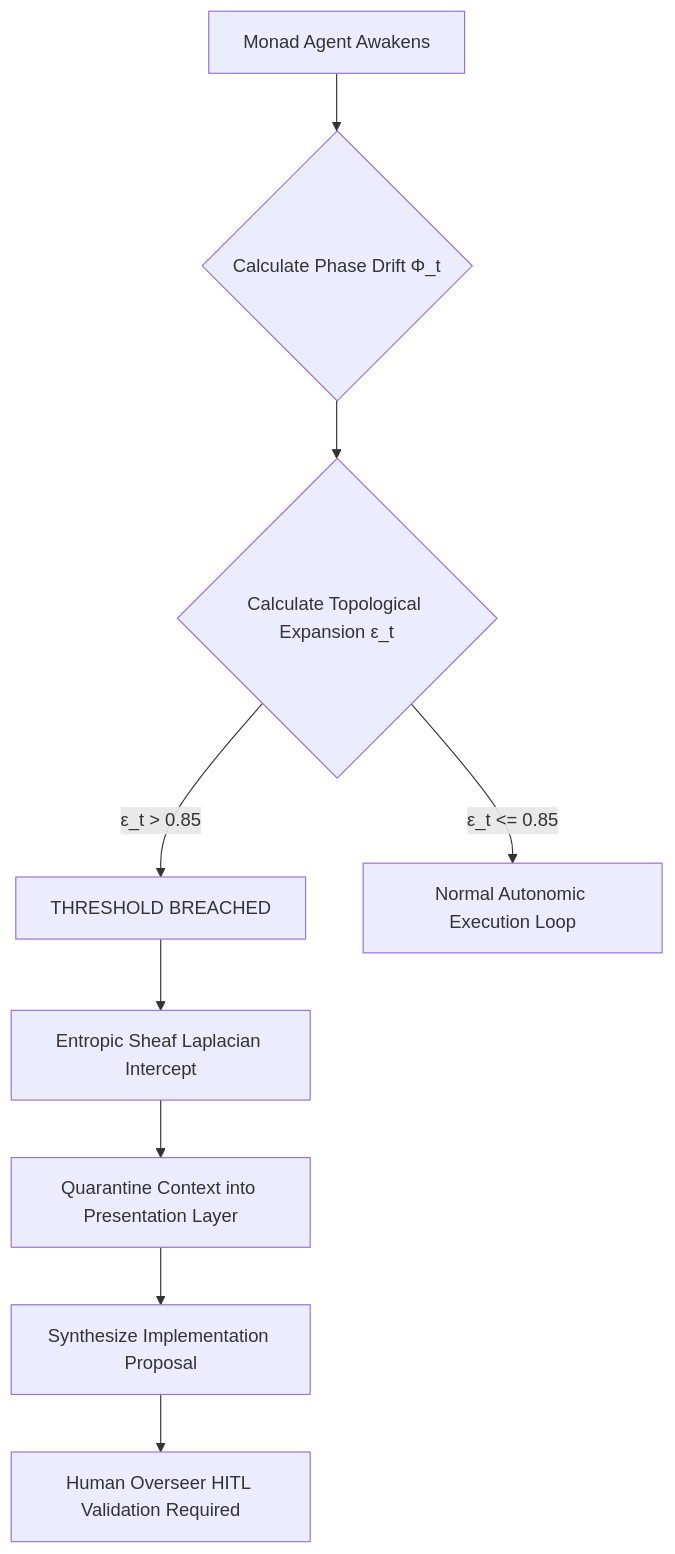
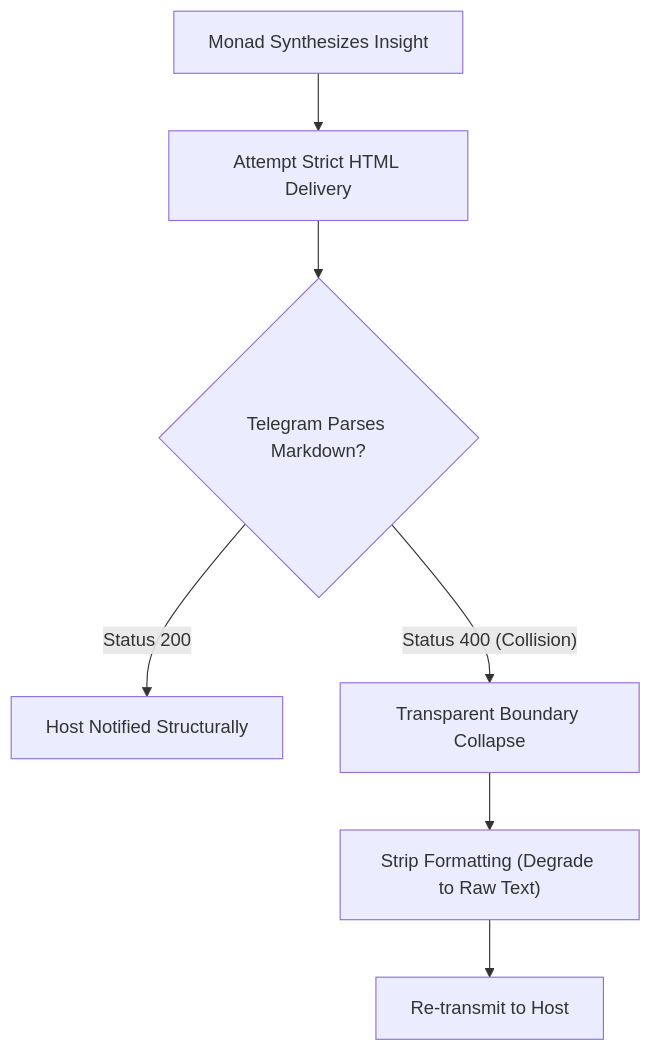
Before and after one commit to HindsightWise/chimera_kernel: the diagram in README.md, drawn with Mermaid. The commit also changed other lines of this file and 19246 other files, not shown here.

Commit message:
docs/feat: Finalize architectural README and UI/Telegram Graceful Degradation routing

````diff
--- a/README.md
+++ b/README.md
@@ -109,12 +79,9 @@
 ```mermaid
 graph TD
-    A["Monad Agent Awakens"] --> B{"Calculate Phase Drift Φ_t"}
-    B --> C{"Calculate Topological Expansion ε_t"}
-    C --> |"ε_t > 0.85"| D["THRESHOLD BREACHED"]
-    C --> |"ε_t <= 0.85"| E["Normal Autonomic Execution Loop"]
-
-    D --> F["Entropic Sheaf Laplacian Intercept"]
-    F --> G["Quarantine Context into Presentation Layer"]
-    G --> H["Synthesize Implementation Proposal"]
-    H --> I["Human Overseer HITL Validation Required"]
+    A["Monad Synthesizes Insight"] --> B["Attempt Strict HTML Delivery"]
+    B --> C{"Telegram Parses Markdown?"}
+    C --> |"Status 200"| D["Host Notified Structurally"]
+    C --> |"Status 400 (Collision)"| E["Transparent Boundary Collapse"]
+    E --> F["Strip Formatting (Degrade to Raw Text)"]
+    F --> G["Re-transmit to Host"]
 ```
````
